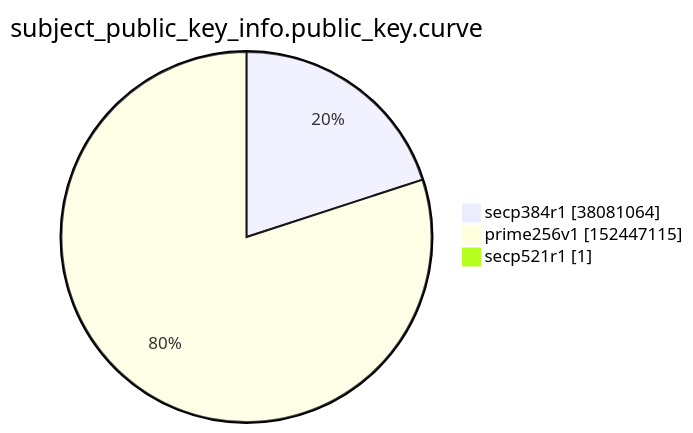
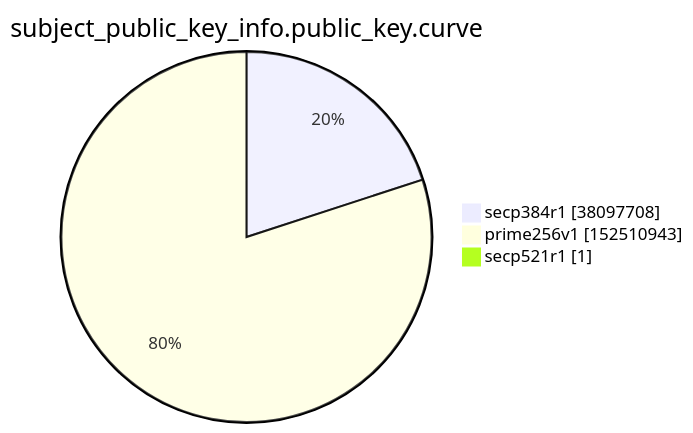
Before and after one commit to christiankrug/ctmonitor_visualization: the ninth of 15 diagrams in xenon2022/README.md, drawn with Mermaid. The commit also changed other lines of this file, not shown here.

````diff
--- a/xenon2022/README.md
+++ b/xenon2022/README.md
@@ -2860,7 +2860,7 @@
 ```mermaid
 pie showData
 title subject_public_key_info.public_key.curve
-"secp384r1" :38081064
-"prime256v1" :152447115
+"secp384r1" :38097708
+"prime256v1" :152510943
 "secp521r1" :1
 ```
````
